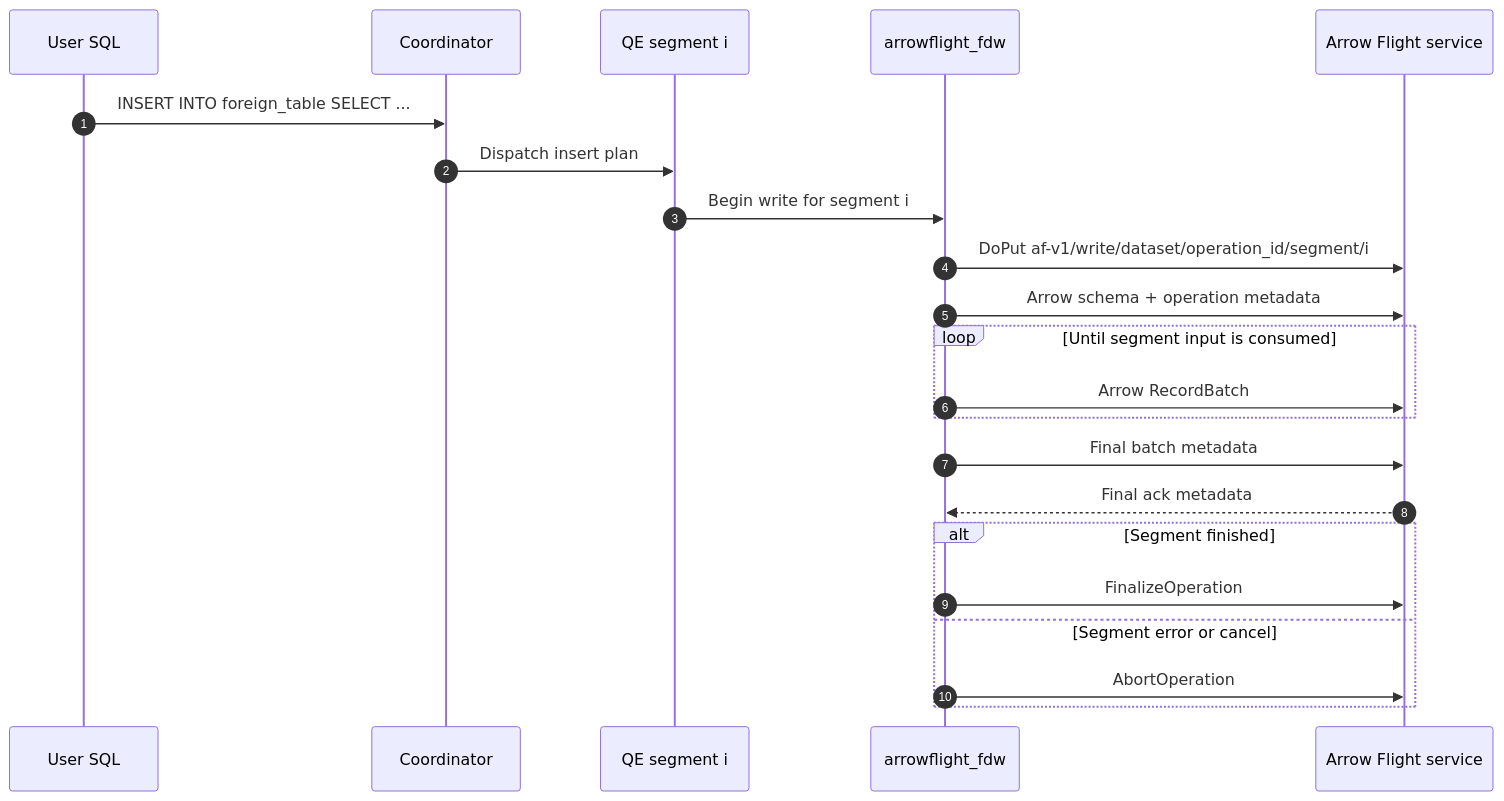
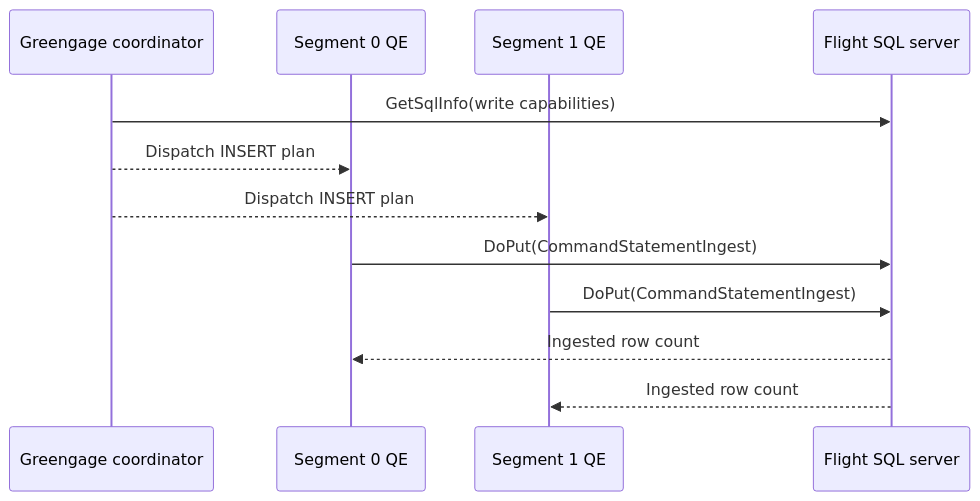
Before and after one commit to GreengageDB/greengage: the second of 3 diagrams in gpcontrib/arrowflight/README.md, drawn with Mermaid. The commit also changed other lines of this file and 56 other files, not shown here.

Commit message:
add Arrow Flight SQL FDW for parallel data exchange

````diff
--- a/gpcontrib/arrowflight/README.md
+++ b/gpcontrib/arrowflight/README.md
@@ -99,25 +96,14 @@
 ```mermaid
 sequenceDiagram
-    autonumber
-    participant SQL as User SQL
-    participant QD as Coordinator
-    participant QE as QE segment i
-    participant FDW as arrowflight_fdw
-    participant SVC as Arrow Flight service
-
-    SQL->>QD: INSERT INTO foreign_table SELECT ...
-    QD->>QE: Dispatch insert plan
-    QE->>FDW: Begin write for segment i
-    FDW->>SVC: DoPut af-v1/write/dataset/operation_id/segment/i
-    FDW->>SVC: Arrow schema + operation metadata
-    loop Until segment input is consumed
-        FDW->>SVC: Arrow RecordBatch
-    end
-    FDW->>SVC: Final batch metadata
-    SVC-->>FDW: Final ack metadata
-    alt Segment finished
-        FDW->>SVC: FinalizeOperation
-    else Segment error or cancel
-        FDW->>SVC: AbortOperation
-    end
+    participant C as Greengage coordinator
+    participant E0 as Segment 0 QE
+    participant E1 as Segment 1 QE
+    participant S as Flight SQL server
+    C ->> S: GetSqlInfo(write capabilities)
+    C -->> E0: Dispatch INSERT plan
+    C -->> E1: Dispatch INSERT plan
+    E0 ->> S: DoPut(CommandStatementIngest)
+    E1 ->> S: DoPut(CommandStatementIngest)
+    S -->> E0: Ingested row count
+    S -->> E1: Ingested row count
 ```
````
